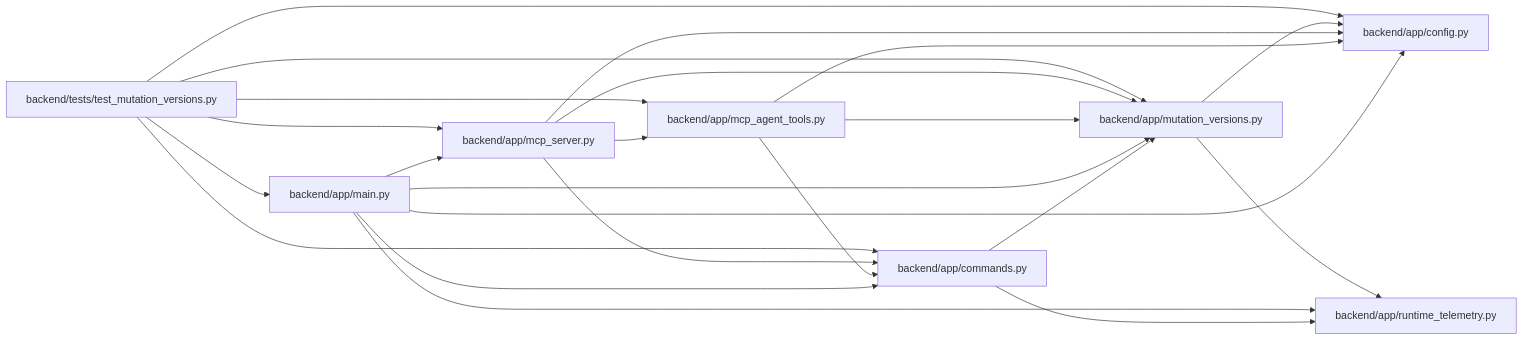
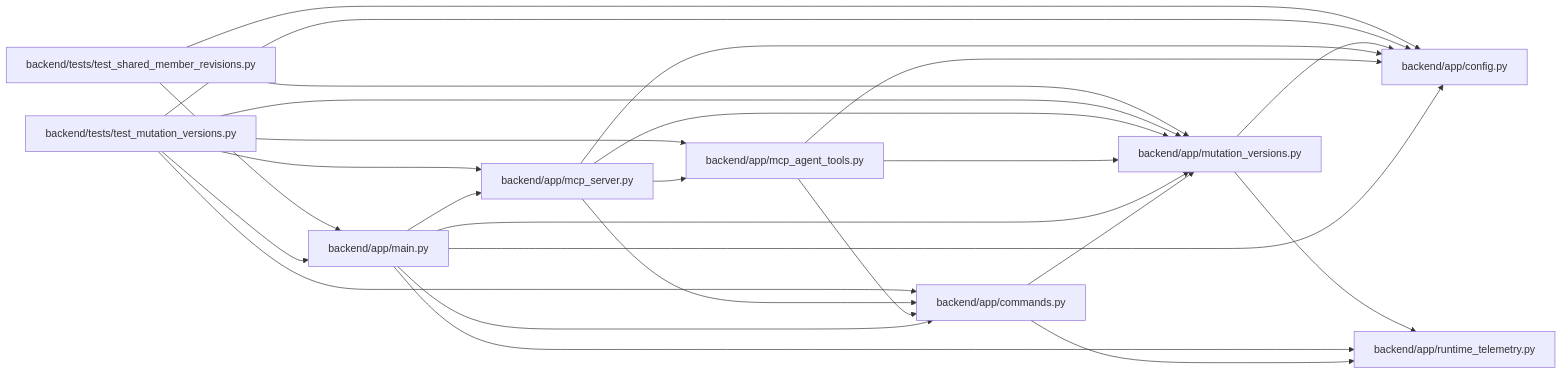
The diagram in docs/llm_wiki/modules/mutation_versions.md (Denissvgn/WorkChord), drawn with Mermaid before and after one commit. The commit also changed other lines of this file and 555 other files, not shown here.

````diff
--- a/docs/llm_wiki/modules/mutation_versions.md
+++ b/docs/llm_wiki/modules/mutation_versions.md
@@ -21,41 +21,46 @@
 ```mermaid
 flowchart LR
     n0["backend/app/commands.py"]
     n1["backend/app/config.py"]
     n2["backend/app/main.py"]
     n3["backend/app/mcp_agent_tools.py"]
     n4["backend/app/mcp_server.py"]
     n5["backend/app/mutation_versions.py"]
     n6["backend/app/runtime_telemetry.py"]
     n7["backend/tests/test_mutation_versions.py"]
+    n8["backend/tests/test_shared_member_revisions.py"]
     n0 --> n5
     n0 --> n6
     n2 --> n0
     n2 --> n1
     n2 --> n4
     n2 --> n5
     n2 --> n6
     n3 --> n0
     n3 --> n1
     n3 --> n5
     n4 --> n0
     n4 --> n1
     n4 --> n3
     n4 --> n5
     n5 --> n1
     n5 --> n6
     n7 --> n0
     n7 --> n1
     n7 --> n2
     n7 --> n3
     n7 --> n4
     n7 --> n5
+    n8 --> n1
+    n8 --> n2
+    n8 --> n5
     click n0 "../modules/commands.md"
     click n1 "../modules/config.md"
     click n2 "../modules/app_main.md"
     click n3 "../modules/mcp_agent_tools.md"
     click n4 "../modules/mcp_server.md"
     click n5 "../modules/mutation_versions.md"
     click n6 "../modules/runtime_telemetry.md"
     click n7 "../modules/test_mutation_versions.md"
+    click n8 "../modules/test_shared_member_revisions.md"
 ```
````
